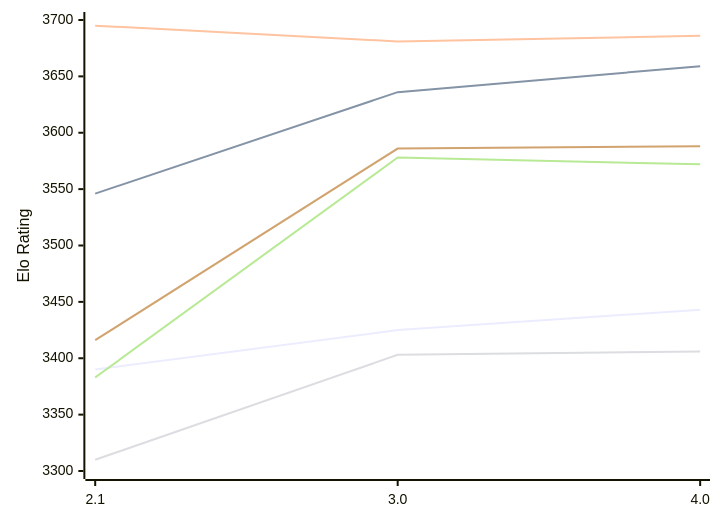
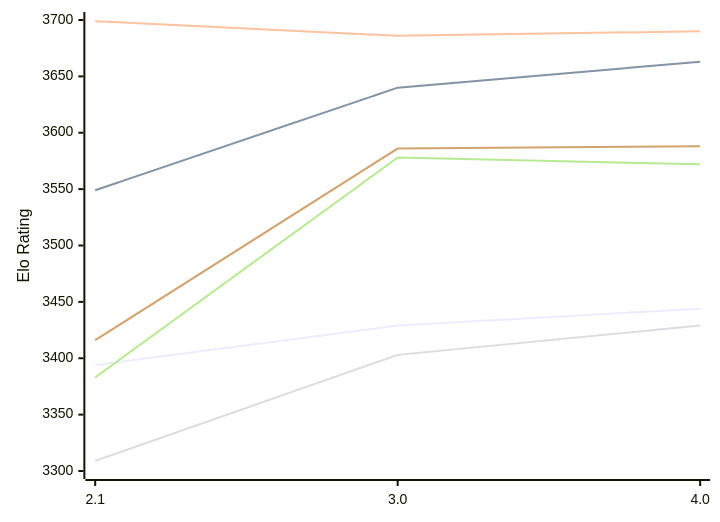
The first of 2 diagrams in engines/Hobbes.md (computer-chess-index/cci), drawn with Mermaid before and after one commit. The commit also changed other lines of this file, not shown here.

Commit message:
Update CCI Ratings (ELO VLTC) - 2026-11-22

````diff
--- a/engines/Hobbes.md
+++ b/engines/Hobbes.md
@@ -53,12 +53,12 @@
 ```mermaid
 %%{init: {"theme":"base","themeVariables":{"seriesColors:['#a3a3a3','#222221','#faa371']}}}%%
 xychart-beta
   x-axis ["2.1", "3.0", "4.0"]
   y-axis "Elo Rating" 3300 --> 3700
-  line "E1: STC (8.0+0.08s)" [3390, 3425, 3443]
-  line "E1: LTC (60.0+0.60s)" [3546, 3636, 3659]
-  line "E1: VLTC (2m24s+1.12s)" [3695, 3681, 3686]
-  line "P1: STC (8.0+0.08s)" [3310, 3403, 3406]
+  line "E1: STC (8.0+0.08s)" [3394, 3429, 3444]
+  line "E1: LTC (60.0+0.60s)" [3549, 3640, 3663]
+  line "E1: VLTC (2m24s+1.12s)" [3699, 3686, 3690]
+  line "P1: STC (8.0+0.08s)" [3309, 3403, 3429]
   line "P1: LTC (60.0+0.60s)" [3383, 3578, 3572]
   line "P1: VLTC (2m24s+1.12s)" [3416, 3586, 3588]
 ```
````
